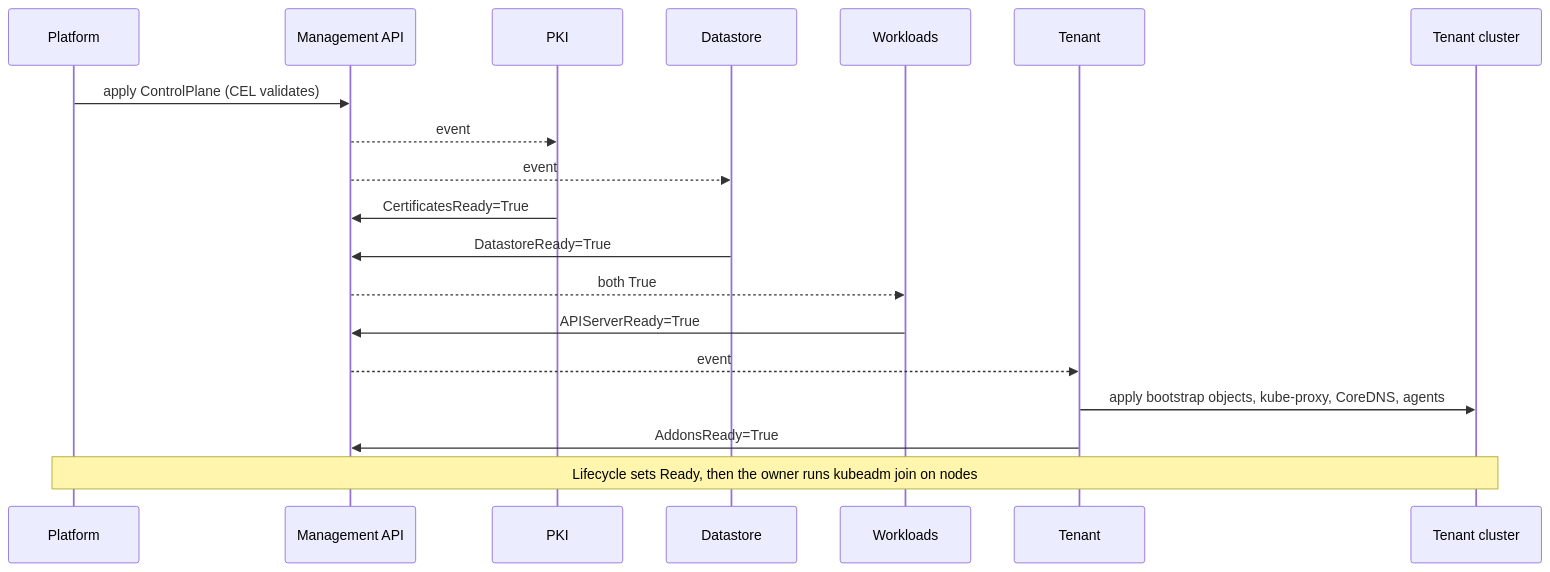
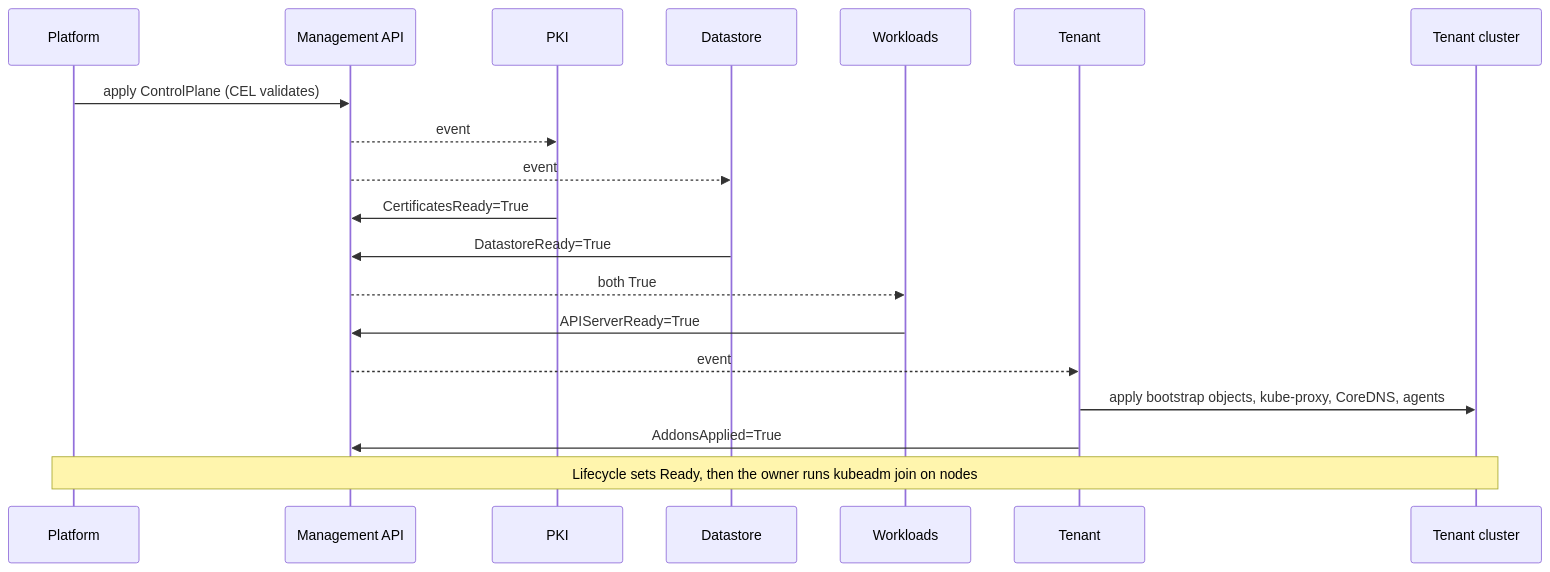
Before and after one commit to lodia-io/lodia: the second of 7 diagrams in docs/README.md, drawn with Mermaid. The commit also changed other lines of this file and 17 other files, not shown here.

````diff
--- a/docs/README.md
+++ b/docs/README.md
@@ -77,21 +77,21 @@
 ```mermaid
 sequenceDiagram
   participant U as Platform
   participant API as Management API
   participant PKI
   participant DS as Datastore
   participant WL as Workloads
   participant TN as Tenant
   participant T as Tenant cluster
   U->>API: apply ControlPlane (CEL validates)
   API-->>PKI: event
   API-->>DS: event
   PKI->>API: CertificatesReady=True
   DS->>API: DatastoreReady=True
   API-->>WL: both True
   WL->>API: APIServerReady=True
   API-->>TN: event
   TN->>T: apply bootstrap objects, kube-proxy, CoreDNS, agents
-  TN->>API: AddonsReady=True
+  TN->>API: AddonsApplied=True
   Note over U,T: Lifecycle sets Ready, then the owner runs kubeadm join on nodes
 ```
````
